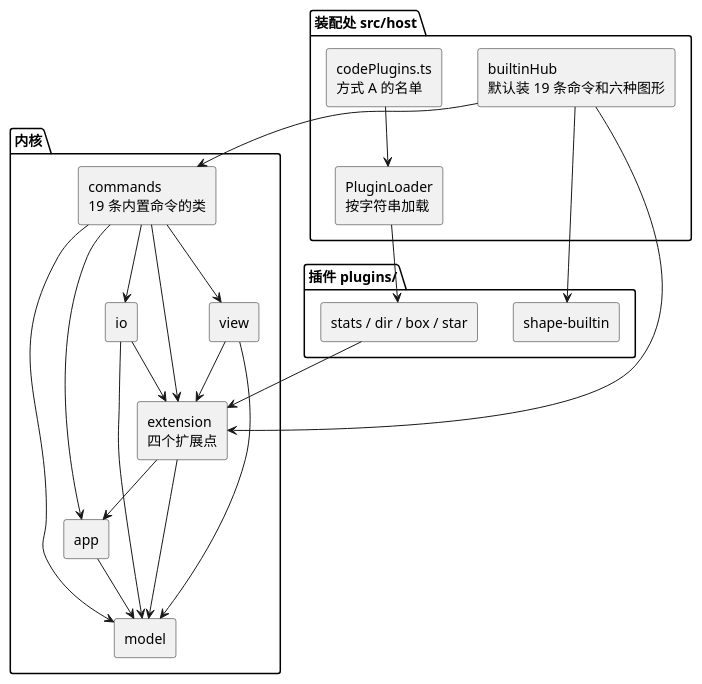
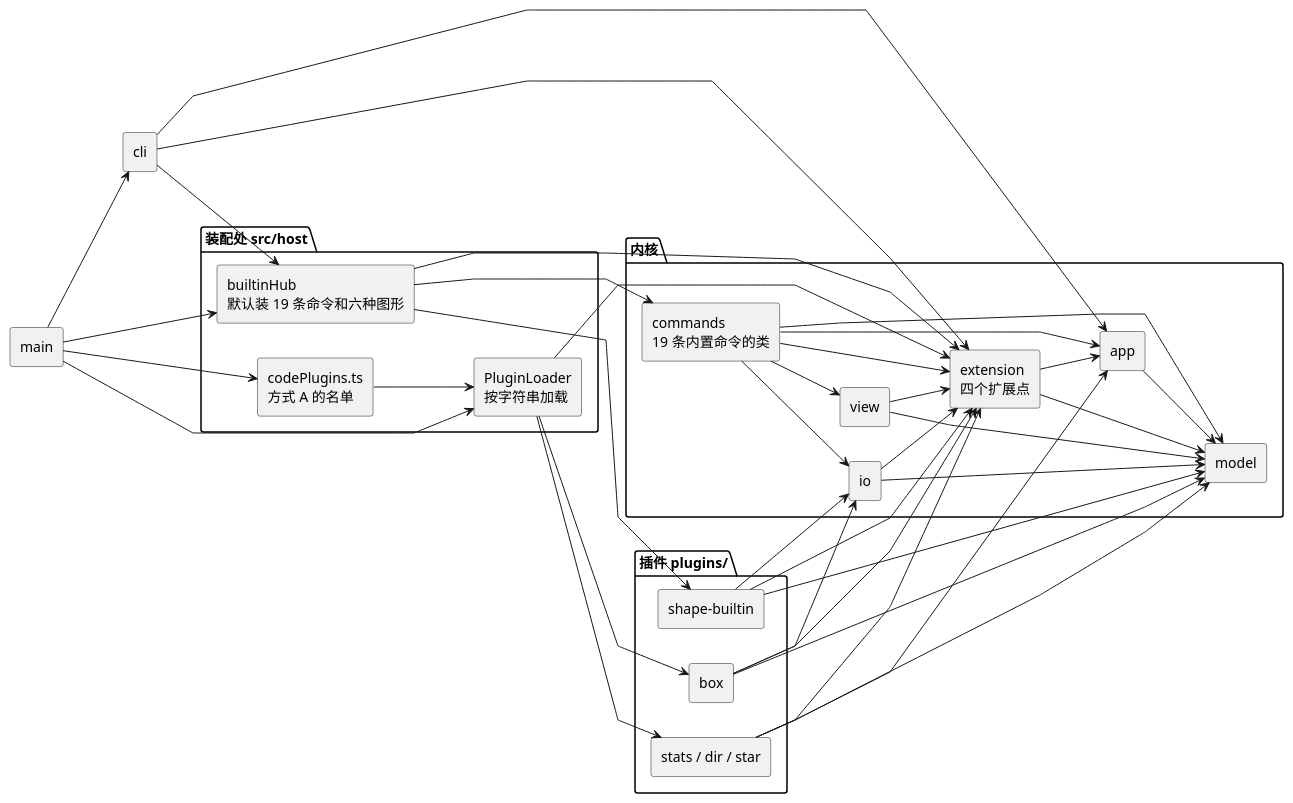
The second of 2 diagrams in doc/README.md (jcole666/svg-editor), drawn with PlantUML before and after one commit. The commit also changed 1 other file, not shown here.

Commit message:
docs: 补全 Phase 2 模块依赖图入口与插件箭头

````diff
--- a/doc/README.md
+++ b/doc/README.md
@@ -75,44 +75,70 @@
 ```plantuml
 @startuml
 skinparam componentStyle rectangle
+skinparam linetype polyline
+left to right direction
 
-package "内核" {
-  component "extension\n四个扩展点" as ext
+component "main" as main
+component "cli" as cli
+
+package "装配处 src/host" as host {
+  component "codePlugins.ts\n方式 A 的名单" as code
+  component "PluginLoader\n按字符串加载" as loader
+  component "builtinHub\n默认装 19 条命令和六种图形" as boot
+}
+
+package "插件 plugins/" as plugins {
+  component "shape-builtin" as shapes
+  component "box" as boxp
+  component "stats / dir / star" as extra
+}
+
+package "内核" as kernel {
   component "commands\n19 条内置命令的类" as cmd
   component "view" as view
   component "io" as io
+  component "extension\n四个扩展点" as ext
   component "app" as app
   component "model" as model
-  cmd --> ext
-  view --> ext
-  io --> ext
-  ext --> app
-  ext --> model
-  cmd --> app
-  cmd --> view
-  cmd --> io
-  cmd --> model
-  view --> model
-  io --> model
-  app --> model
 }
 
-package "装配处 src/host" {
-  component "builtinHub\n默认装 19 条命令和六种图形" as boot
-  component "PluginLoader\n按字符串加载" as loader
-  component "codePlugins.ts\n方式 A 的名单" as code
-}
-
-package "插件 plugins/" {
-  component "shape-builtin" as shapes
-  component "stats / dir / box / star" as extra
-}
+main --> cli
+main --> boot
+main --> code
+main --> loader
+cli --> boot
+cli --> app
+cli --> ext
 
 boot --> ext
 boot --> shapes
 boot --> cmd
 code --> loader
 loader --> extra
+loader --> boxp
+loader --> ext
+
+shapes --> ext
+shapes --> model
+shapes --> io
+boxp --> ext
+boxp --> model
+boxp --> io
 extra --> ext
+extra --> model
+extra --> app
+
+cmd --> ext
+view --> ext
+io --> ext
+ext --> app
+ext --> model
+cmd --> app
+cmd --> view
+cmd --> io
+cmd --> model
+view --> model
+io --> model
+app --> model
 @enduml
 ```
````
